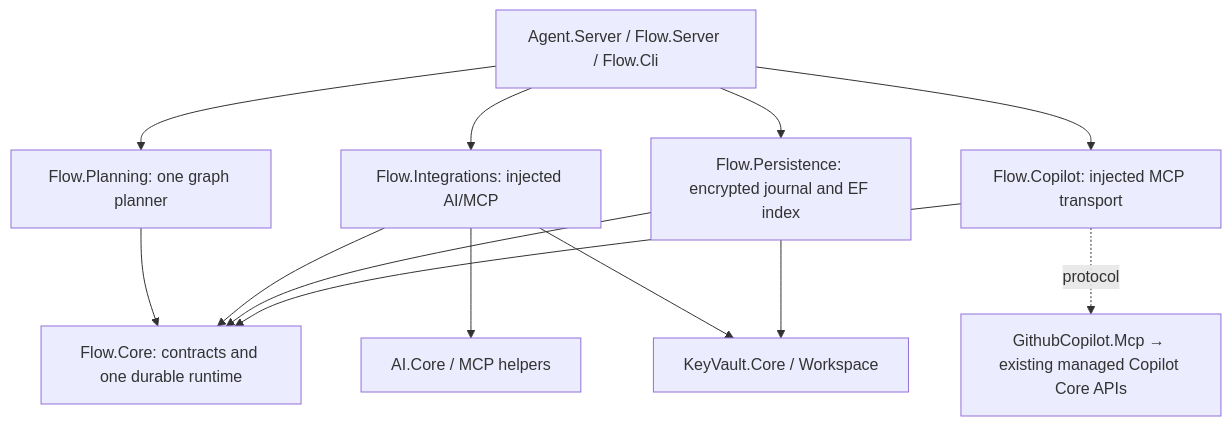
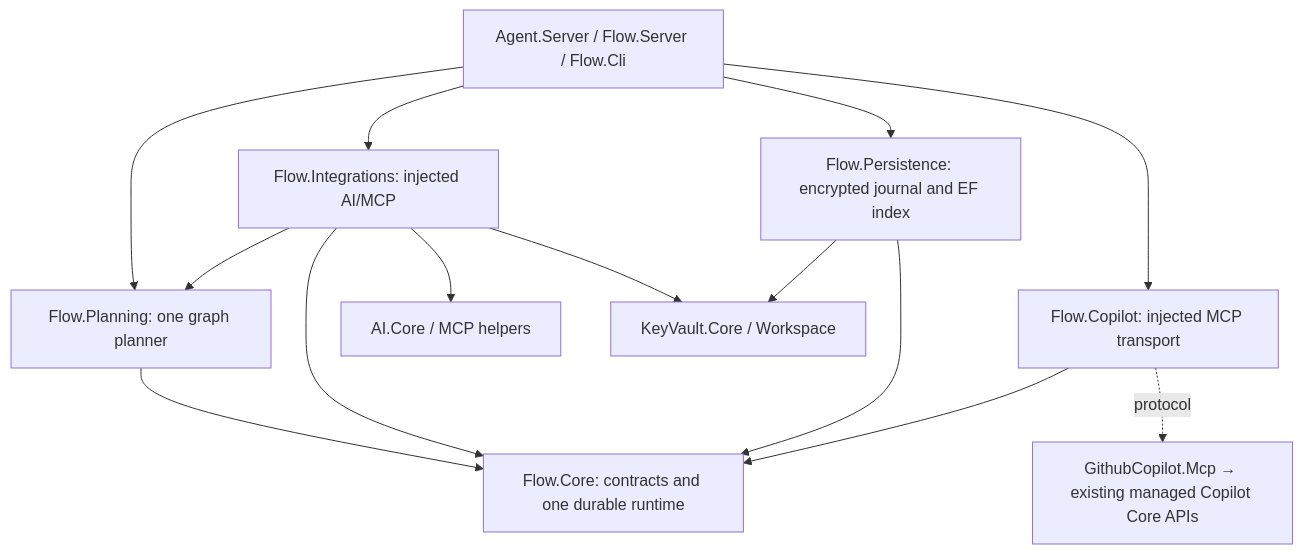
Before and after one commit to GnouGo/GnouGo: the second of 2 diagrams in docs/flow-hybrid-v9-implementation.md, drawn with Mermaid. The commit also changed 1 other file, not shown here.

Commit message:
Isolate published Agent journal paths in persistence smoke checks

````diff
--- a/docs/flow-hybrid-v9-implementation.md
+++ b/docs/flow-hybrid-v9-implementation.md
@@ -28,15 +28,16 @@
 ```mermaid
 flowchart TD
   Hosts[Agent.Server / Flow.Server / Flow.Cli] --> Planner[Flow.Planning: one graph planner]
   Hosts --> Integrations[Flow.Integrations: injected AI/MCP]
   Hosts --> Persistence[Flow.Persistence: encrypted journal and EF index]
   Hosts --> Copilot[Flow.Copilot: injected MCP transport]
   Planner --> Core[Flow.Core: contracts and one durable runtime]
+  Integrations --> Planner
   Integrations --> Core
   Persistence --> Core
   Copilot --> Core
   Integrations --> AI[AI.Core / MCP helpers]
   Integrations --> Vault[KeyVault.Core / Workspace]
   Persistence --> Vault
   Copilot -. protocol .-> Managed[GithubCopilot.Mcp → existing managed Copilot Core APIs]
 ```
````
